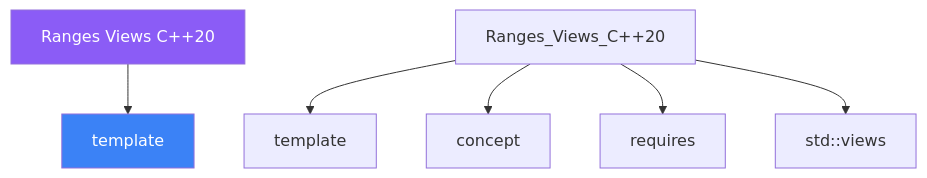
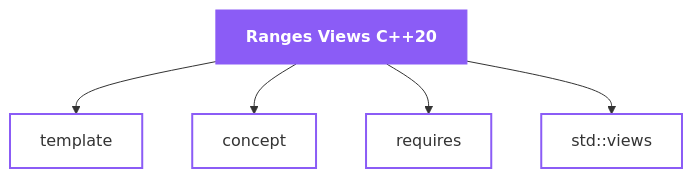
One commit to AI-Maddy/Learn-Modern-CPP-OOP-30-Days changed the diagram in mkdocs-site/docs/days/day-12/02-definition.md. Above: the diagram before and after it, drawn with Mermaid. The commit also changed 99 other files, not shown here.

````diff
--- a/mkdocs-site/docs/days/day-12/02-definition.md
+++ b/mkdocs-site/docs/days/day-12/02-definition.md
@@ -127,10 +127,12 @@
 ```mermaid
 graph TD
-    ROOT["Ranges Views C++20"] --> A["template"]
-    Ranges_Views_C++20 --> template["template"]
-    Ranges_Views_C++20 --> concept["concept"]
-    Ranges_Views_C++20 --> requires["requires"]
-    Ranges_Views_C++20 --> stdviews["std::views"]
-    style ROOT fill:#8b5cf6,color:#fff
-    style A    fill:#3b82f6,color:#fff
+    ROOT["Ranges Views C++20"]
+    ROOT --> n0["template"]
+    ROOT --> n1["concept"]
+    ROOT --> n2["requires"]
+    ROOT --> n3["std::views"]
+    classDef topic fill:#8b5cf6,stroke:#8b5cf6,color:#ffffff,font-weight:bold
+    classDef concept fill:transparent,stroke:#8b5cf6,stroke-width:2px
+    class ROOT topic
+    class n0,n1,n2,n3 concept
 ```
````
